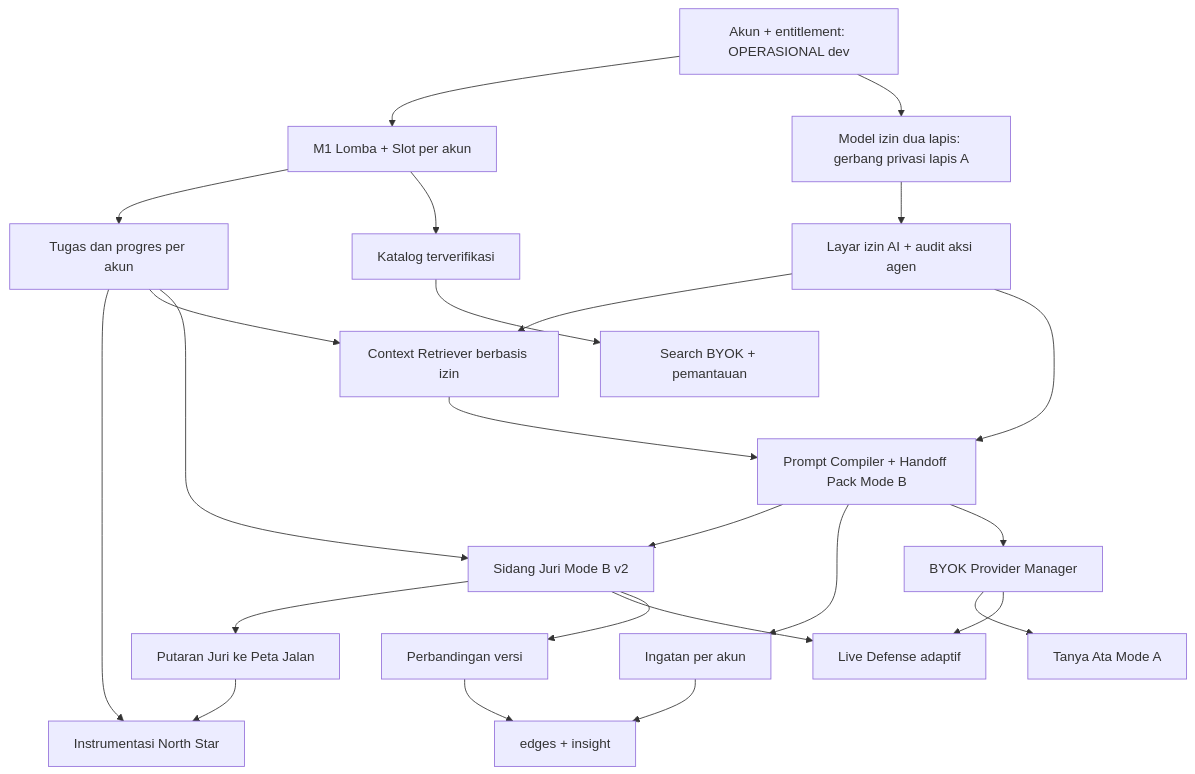
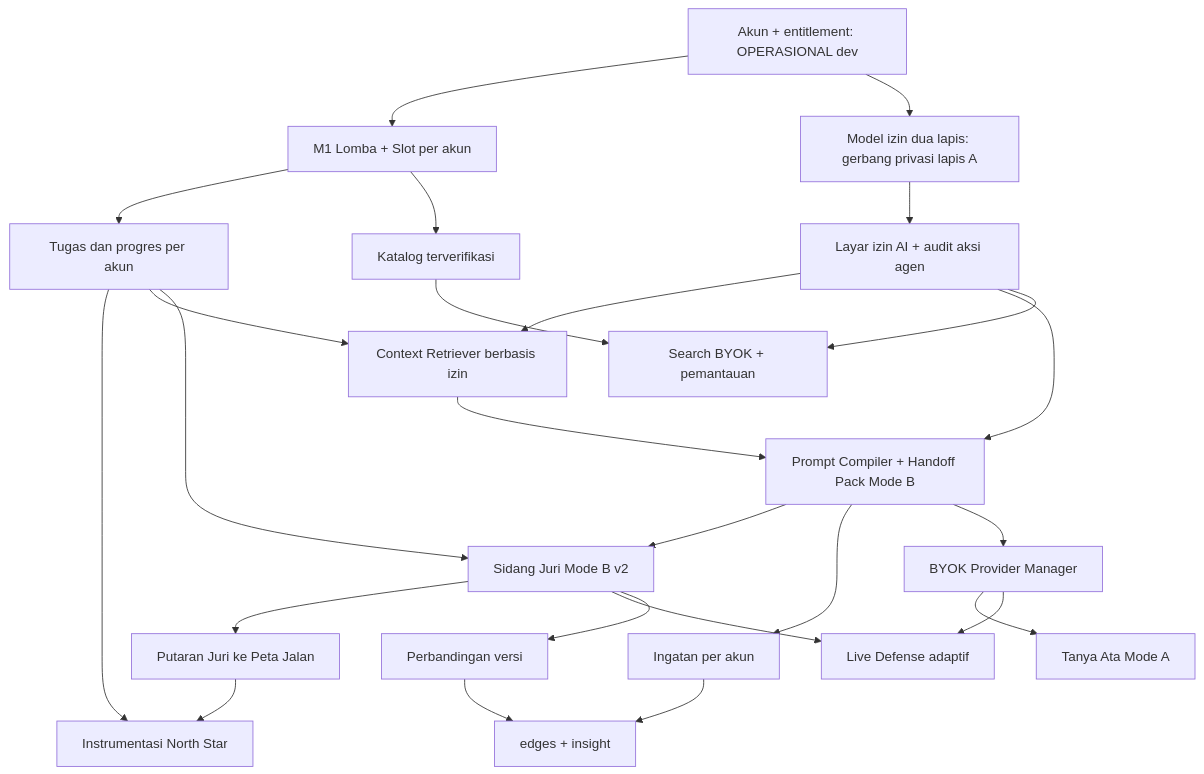
The diagram in docs/strategi/personal-competition-agent.md (aldysyahputra422-crypto/ata), drawn with Mermaid before and after one commit. The commit also changed other lines of this file, not shown here.

````diff
--- a/docs/strategi/personal-competition-agent.md
+++ b/docs/strategi/personal-competition-agent.md
@@ -372,26 +378,27 @@
 ```mermaid
 graph TD
   A[Akun + entitlement: OPERASIONAL dev] --> B[M1 Lomba + Slot per akun]
   B --> C[Tugas dan progres per akun]
   C --> D[Instrumentasi North Star]
   A --> Z[Model izin dua lapis: gerbang privasi lapis A]
   Z --> E[Layar izin AI + audit aksi agen]
   C --> F[Context Retriever berbasis izin]
   E --> F
   F --> G[Prompt Compiler + Handoff Pack Mode B]
   E --> G
   G --> H[Sidang Juri Mode B v2]
   C --> H
   H --> I[Putaran Juri ke Peta Jalan]
   I --> D
   G --> J[Ingatan per akun]
   G --> K[BYOK Provider Manager]
   K --> L[Tanya Ata Mode A]
   K --> M[Live Defense adaptif]
   H --> M
   H --> N[Perbandingan versi]
   B --> O[Katalog terverifikasi]
   O --> P[Search BYOK + pemantauan]
+  E --> P
   J --> Q[edges + insight]
   N --> Q
 ```
````
